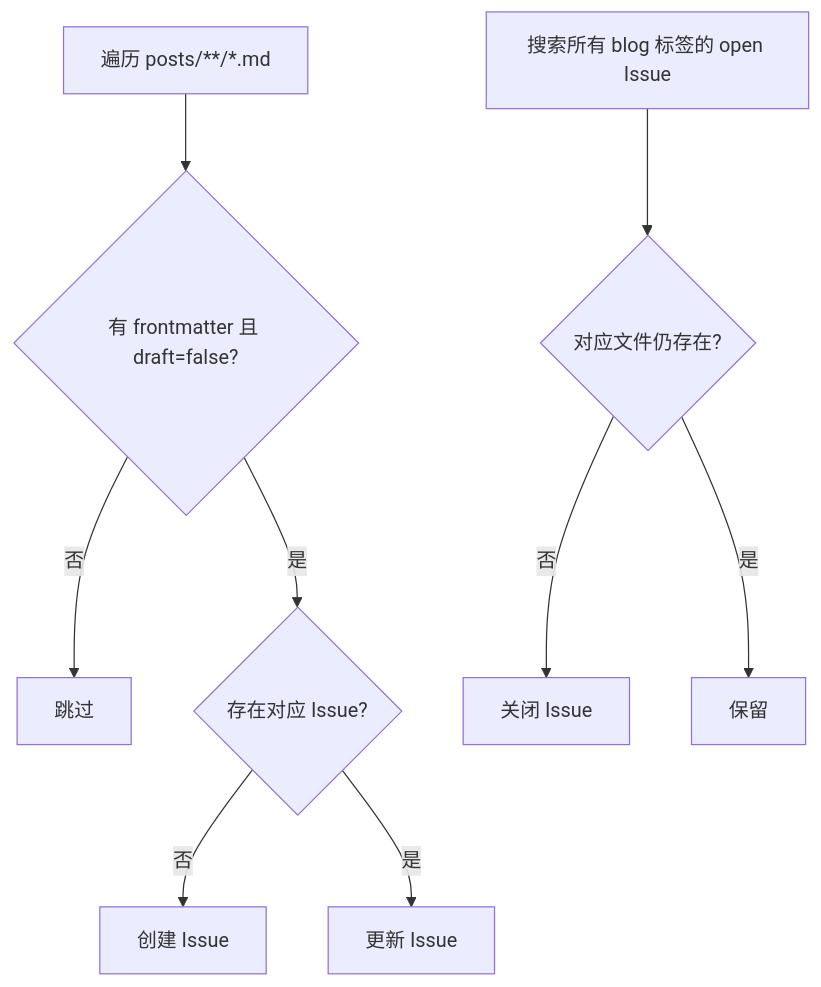
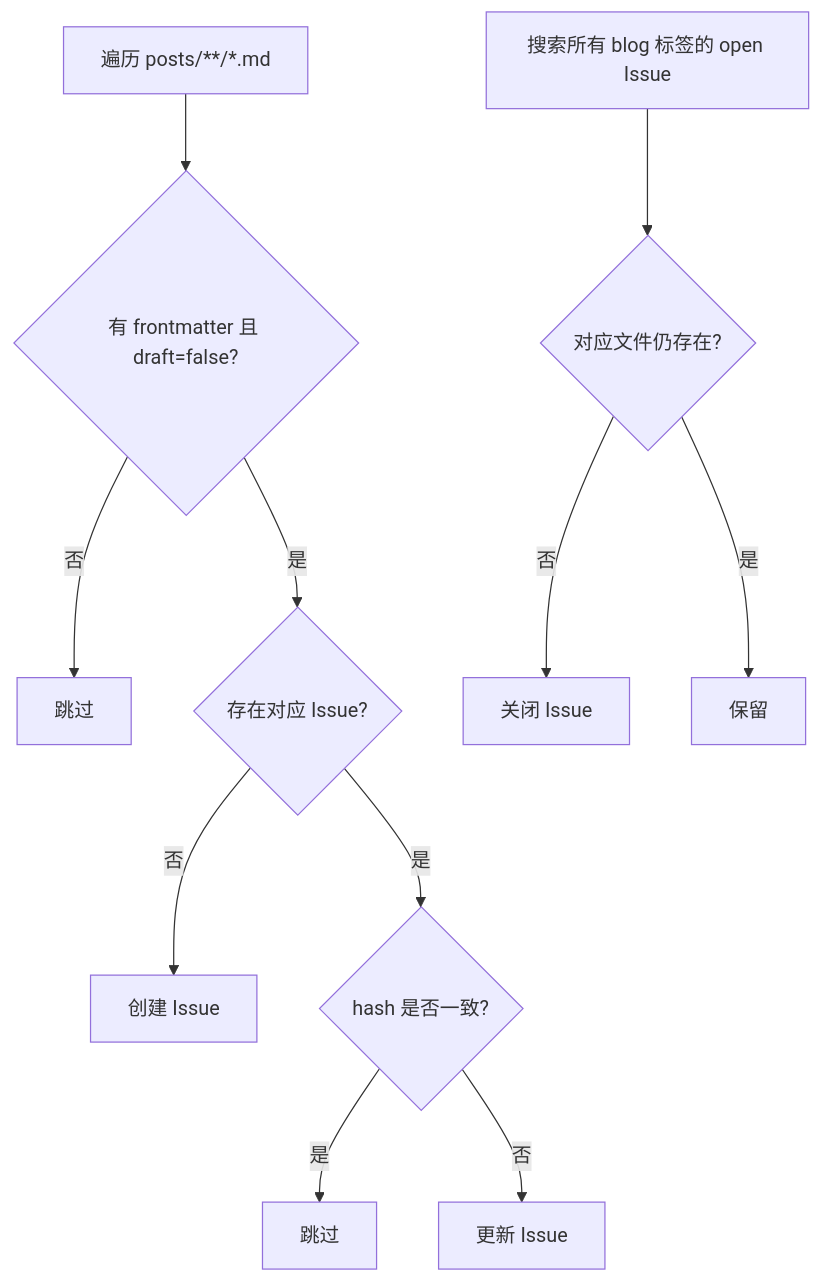
Before and after one commit to iori2333/test-blogs: the second of 3 diagrams in posts/2026-05-07-hello-world.md, drawn with Mermaid. The commit also changed other lines of this file, not shown here.

Commit message:
docs: update hello world post with hash-based skip and author validation

````diff
--- a/posts/2026-05-07-hello-world.md
+++ b/posts/2026-05-07-hello-world.md
@@ -45,11 +45,13 @@
 ```mermaid
 flowchart TD
     A[遍历 posts/**/*.md] --> B{有 frontmatter 且 draft=false?}
     B -->|否| C[跳过]
     B -->|是| D{存在对应 Issue?}
     D -->|否| E[创建 Issue]
-    D -->|是| F[更新 Issue]
-    G[搜索所有 blog 标签的 open Issue] --> H{对应文件仍存在?}
-    H -->|否| I[关闭 Issue]
-    H -->|是| J[保留]
+    D -->|是| F{hash 是否一致?}
+    F -->|是| G[跳过]
+    F -->|否| H[更新 Issue]
+    I[搜索所有 blog 标签的 open Issue] --> J{对应文件仍存在?}
+    J -->|否| K[关闭 Issue]
+    J -->|是| L[保留]
 ```
````
